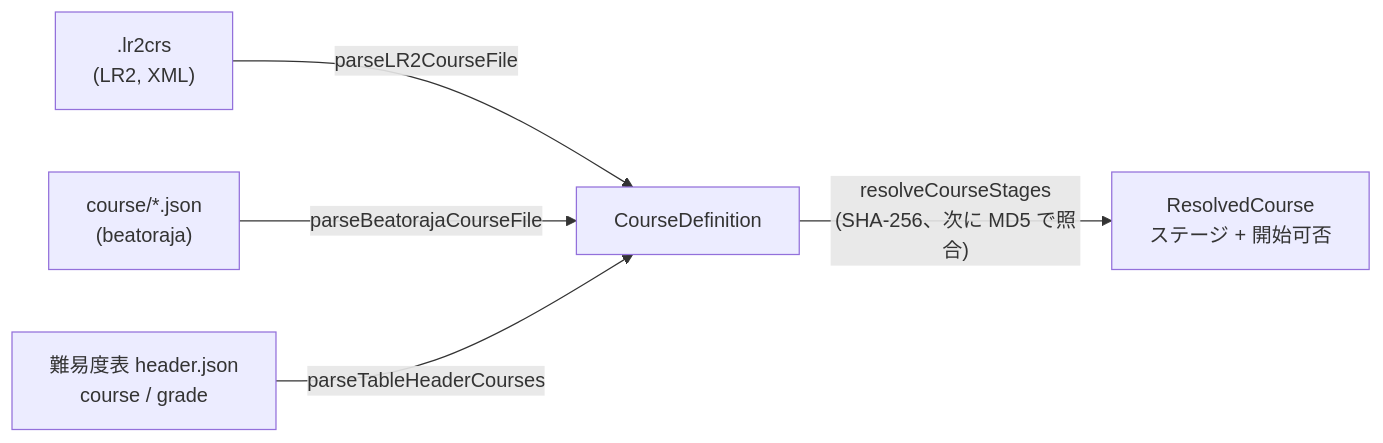
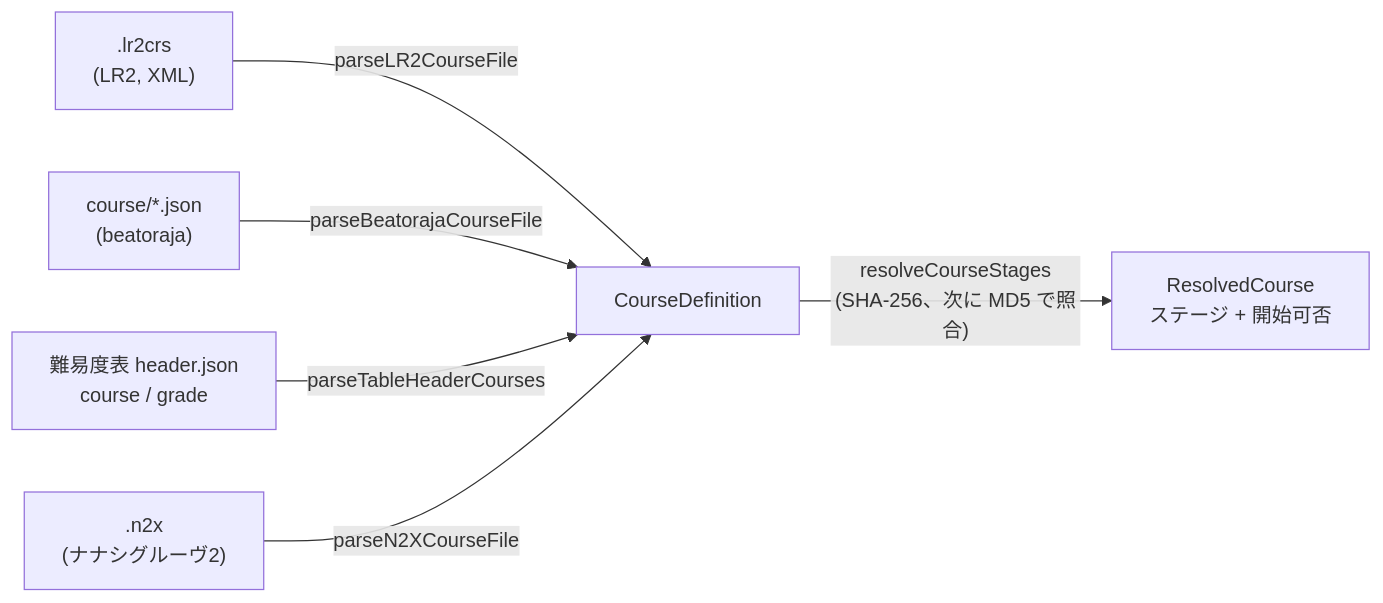
Before and after one commit to nulltask/be-music: the first of 12 diagrams in docs/course.ja.md, drawn with Mermaid. The commit also changed other lines of this file and 20 other files, not shown here.

First line of the commit message:
feat: read Nanasi Groove 2 .n2x chart lists as courses

````diff
--- a/docs/course.ja.md
+++ b/docs/course.ja.md
@@ -9,7 +9,8 @@
 ```mermaid
 flowchart LR
   lr2[".lr2crs<br/>(LR2, XML)"] -->|parseLR2CourseFile| def["CourseDefinition"]
   bjson["course/*.json<br/>(beatoraja)"] -->|parseBeatorajaCourseFile| def
   table["難易度表 header.json<br/>course / grade"] -->|parseTableHeaderCourses| def
+  n2x[".n2x<br/>(ナナシグルーヴ2)"] -->|parseN2XCourseFile| def
   def -->|"resolveCourseStages<br/>(SHA-256、次に MD5 で照合)"| resolved["ResolvedCourse<br/>ステージ + 開始可否"]
 ```
````
